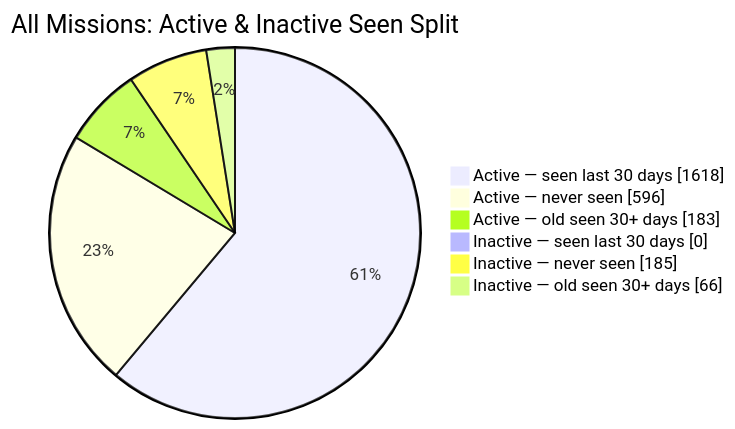
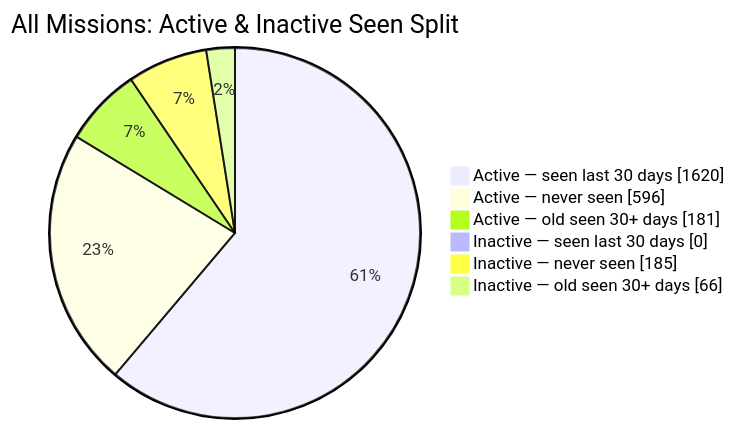
One commit to MeldkamerspelGameTeam/active-missions changed the second of 2 diagrams in README.md. Above: the diagram before and after it, drawn with Mermaid. The commit also changed other lines of this file and 2 other files, not shown here.

````diff
--- a/README.md
+++ b/README.md
@@ -44,10 +44,10 @@
 ```mermaid
 pie showData
     title All Missions: Active & Inactive Seen Split
-    "Active — seen last 30 days" : 1618
+    "Active — seen last 30 days" : 1620
     "Active — never seen" : 596
-    "Active — old seen 30+ days" : 183
+    "Active — old seen 30+ days" : 181
     "Inactive — seen last 30 days" : 0
     "Inactive — never seen" : 185
     "Inactive — old seen 30+ days" : 66
 ```
````
